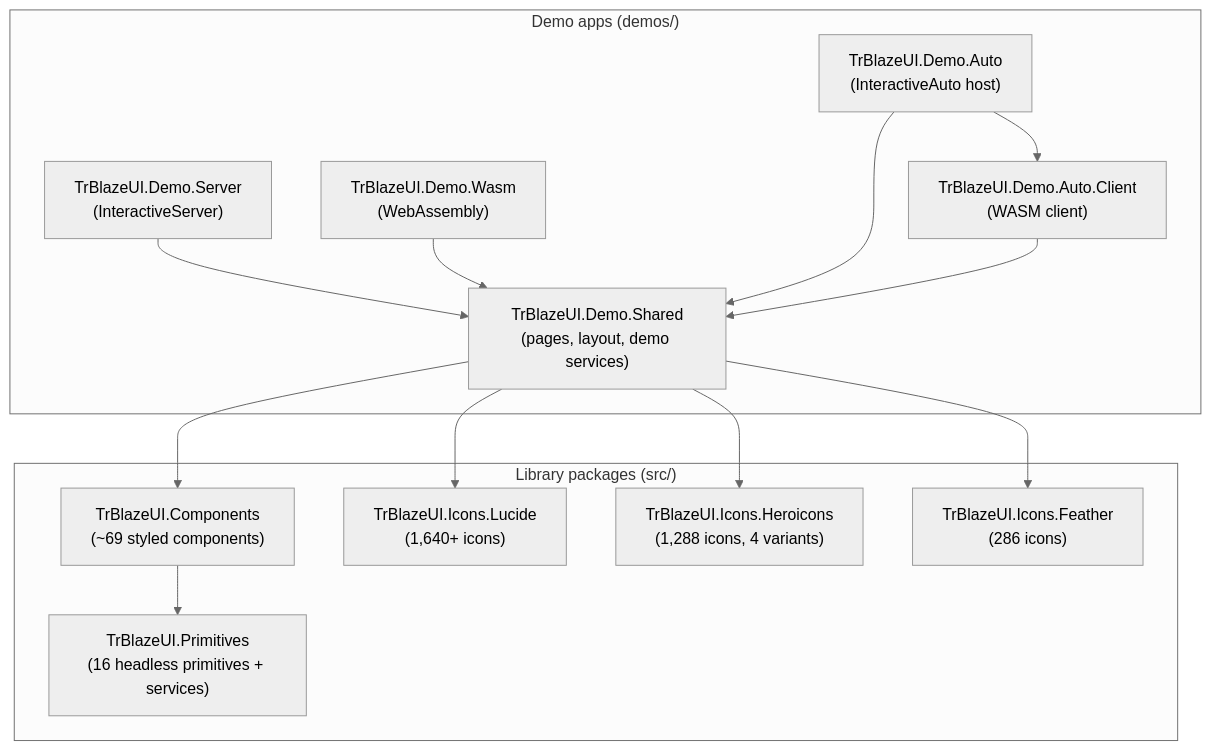
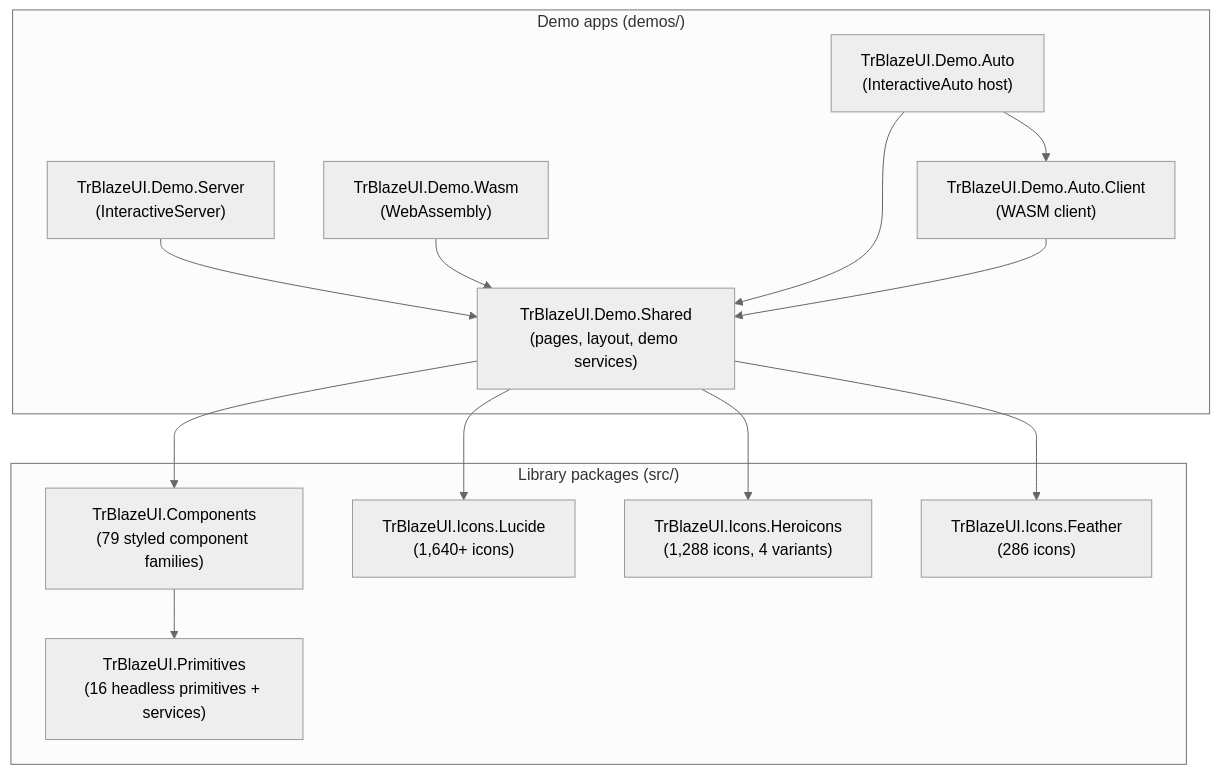
The first of 4 diagrams in docs/TrBlazeUI-Architecture.md (techierathore/TrBlazeUI), drawn with Mermaid (neutral theme) before and after one commit. The commit also changed other lines of this file and 283 other files, not shown here.

````diff
--- a/docs/TrBlazeUI-Architecture.md
+++ b/docs/TrBlazeUI-Architecture.md
@@ -45,27 +45,27 @@
 ```mermaid
 flowchart TB
   subgraph Libraries["Library packages (src/)"]
     Prim["TrBlazeUI.Primitives<br/>(16 headless primitives + services)"]
-    Comp["TrBlazeUI.Components<br/>(~69 styled components)"]
+    Comp["TrBlazeUI.Components<br/>(79 styled component families)"]
     Lucide["TrBlazeUI.Icons.Lucide<br/>(1,640+ icons)"]
     Hero["TrBlazeUI.Icons.Heroicons<br/>(1,288 icons, 4 variants)"]
     Feather["TrBlazeUI.Icons.Feather<br/>(286 icons)"]
   end
   subgraph Demos["Demo apps (demos/)"]
     Shared["TrBlazeUI.Demo.Shared<br/>(pages, layout, demo services)"]
     Server["TrBlazeUI.Demo.Server<br/>(InteractiveServer)"]
     Wasm["TrBlazeUI.Demo.Wasm<br/>(WebAssembly)"]
     Auto["TrBlazeUI.Demo.Auto<br/>(InteractiveAuto host)"]
     AutoClient["TrBlazeUI.Demo.Auto.Client<br/>(WASM client)"]
   end
   Comp --> Prim
   Shared --> Comp
   Shared --> Lucide
   Shared --> Hero
   Shared --> Feather
   Server --> Shared
   Wasm --> Shared
   Auto --> Shared
   Auto --> AutoClient
   AutoClient --> Shared
 ```
````
